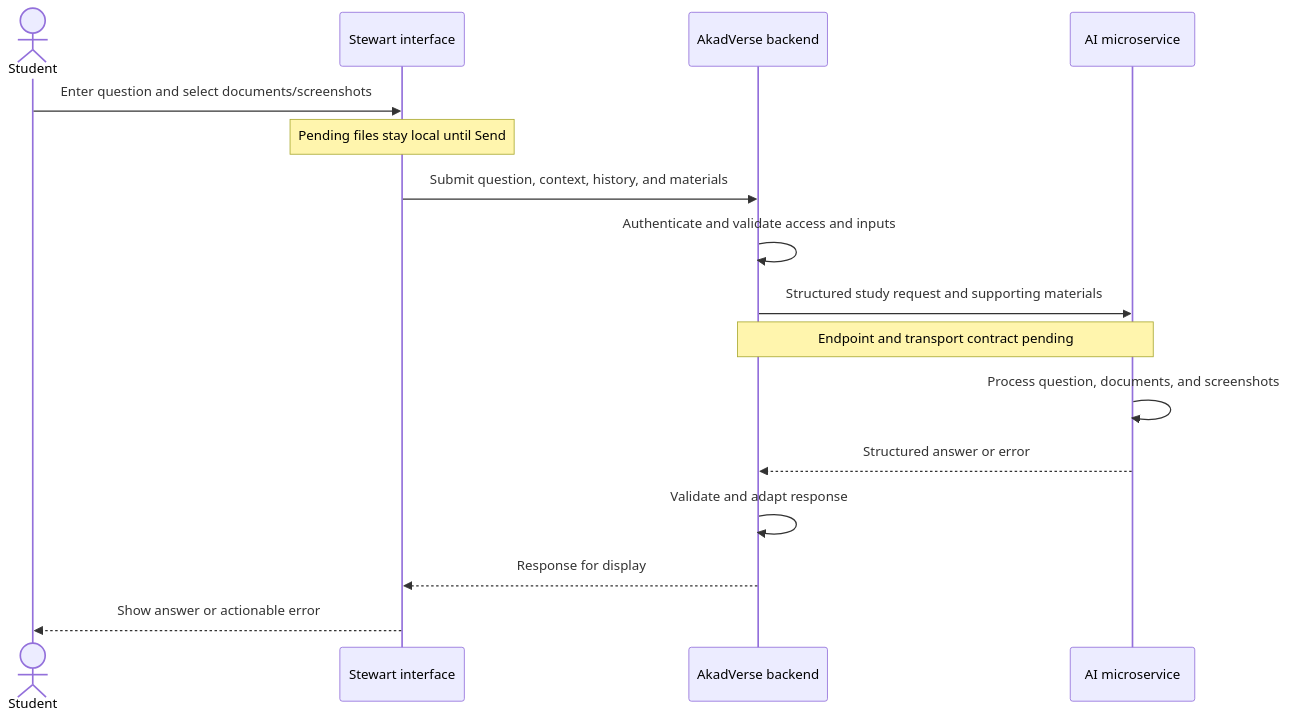
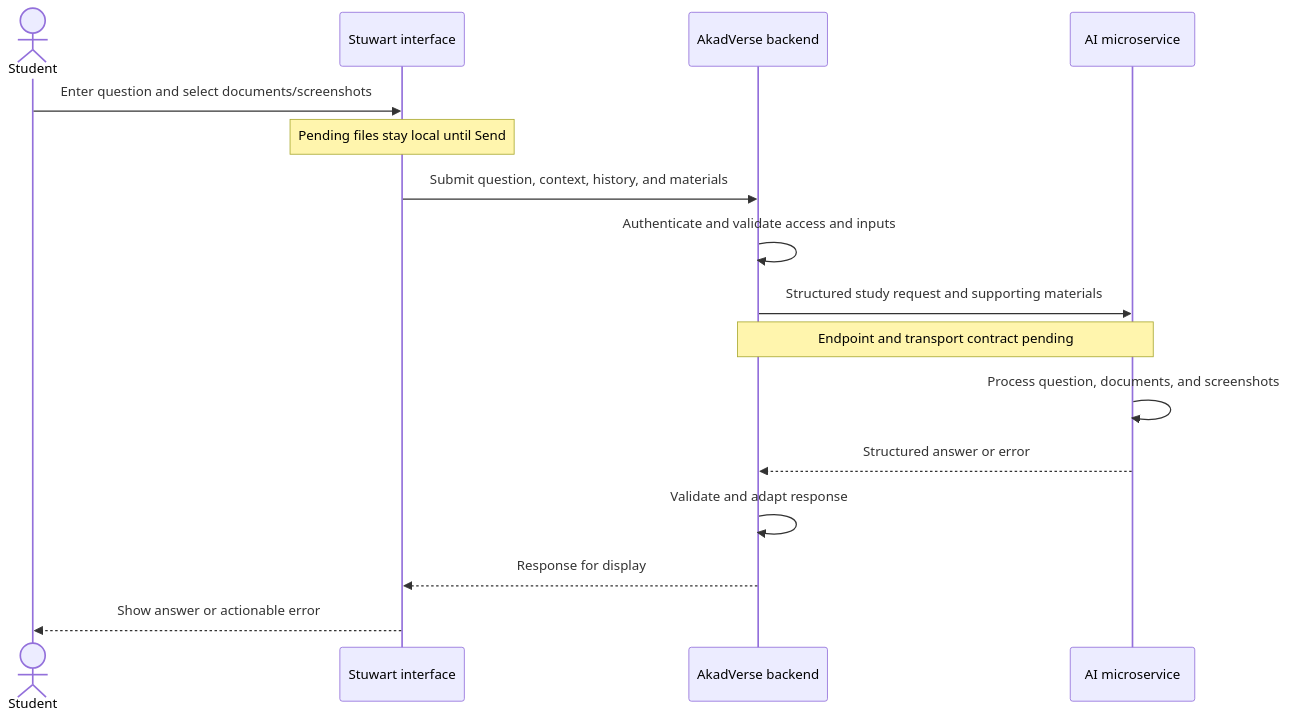
Before and after one commit to elmarvelll/akadverse: the diagram in docs/elearning/systems/stewart.md, drawn with Mermaid. The commit also changed other lines of this file and 464 other files, not shown here.

````diff
--- a/docs/elearning/systems/stewart.md
+++ b/docs/elearning/systems/stewart.md
@@ -56,19 +56,19 @@
 ```mermaid
 sequenceDiagram
     actor Student
-    participant UI as Stewart interface
+    participant UI as Stuwart interface
     participant Backend as AkadVerse backend
     participant AI as AI microservice
 
     Student->>UI: Enter question and select documents/screenshots
     Note over UI: Pending files stay local until Send
     UI->>Backend: Submit question, context, history, and materials
     Backend->>Backend: Authenticate and validate access and inputs
     Backend->>AI: Structured study request and supporting materials
     Note over Backend,AI: Endpoint and transport contract pending
     AI->>AI: Process question, documents, and screenshots
     AI-->>Backend: Structured answer or error
     Backend->>Backend: Validate and adapt response
     Backend-->>UI: Response for display
     UI-->>Student: Show answer or actionable error
 ```
````
